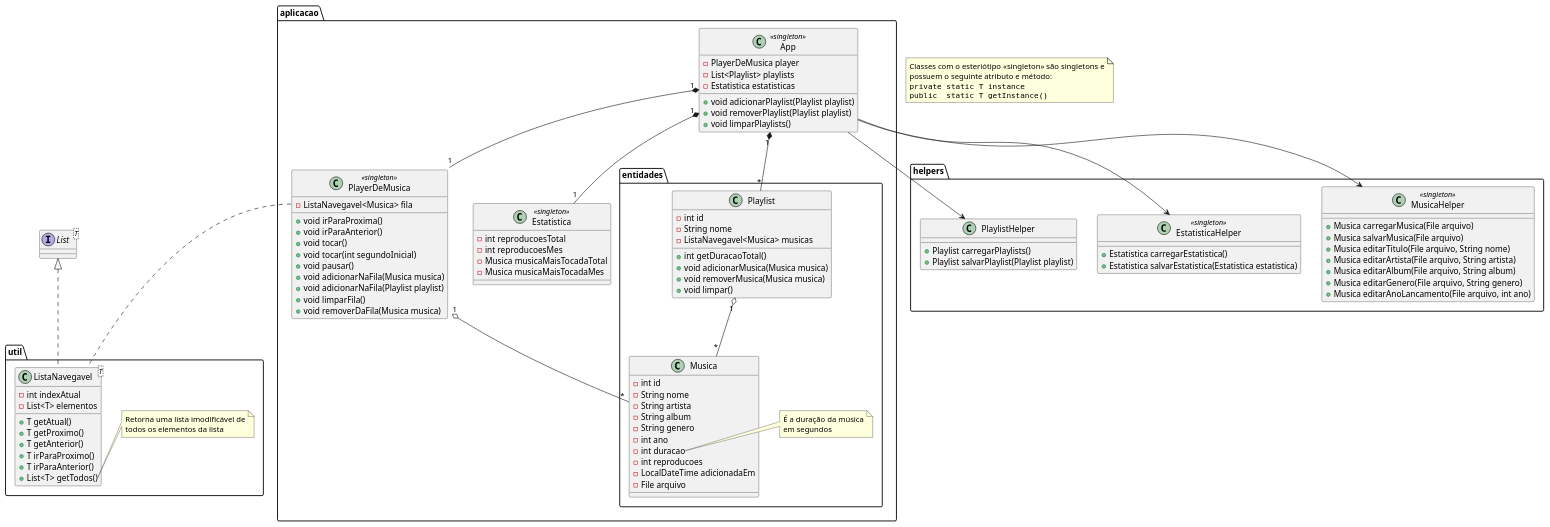
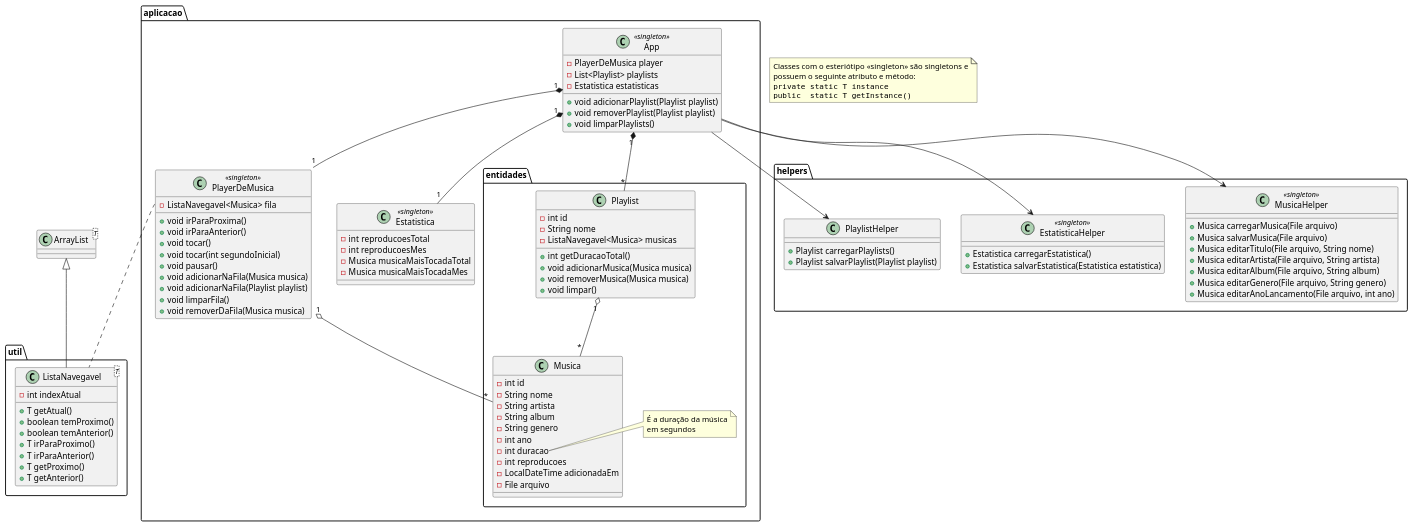
One commit to carloscardoso05/Astroplayer changed the diagram in docs/uml_classes.puml. Above: the diagram before and after it, drawn with PlantUML. The commit also changed 1 other file, not shown here.

Commit message:
atualiza e implementa lista navegavel

```diff
--- a/docs/uml_classes.puml
+++ b/docs/uml_classes.puml
@@ -1,131 +1,126 @@
 @startuml
 
-interface List<T>
+class ArrayList<T>
 
 package aplicacao {
 
     class App<<singleton>> {
         - PlayerDeMusica player
         - List<Playlist> playlists
         - Estatistica estatisticas
         + void adicionarPlaylist(Playlist playlist)
         + void removerPlaylist(Playlist playlist)
         + void limparPlaylists()
     }
 
     class PlayerDeMusica<<singleton>> {
         - ListaNavegavel<Musica> fila
         + void irParaProxima()
         + void irParaAnterior()
         + void tocar()
         + void tocar(int segundoInicial)
         + void pausar()
         + void adicionarNaFila(Musica musica)
         + void adicionarNaFila(Playlist playlist)
         + void limparFila()
         + void removerDaFila(Musica musica)
     }
 
     class Estatistica<<singleton>> {
         - int reproducoesTotal
         - int reproducoesMes
         - Musica musicaMaisTocadaTotal
         - Musica musicaMaisTocadaMes
     }
 
     package entidades {
 
         class Musica {
             - int id
             - String nome
             - String artista
             - String album
             - String genero
             - int ano
             - int duracao
             - int reproducoes
             - LocalDateTime adicionadaEm
             - File arquivo
         }
 
         note right of Musica::duracao
          É a duração da música
          em segundos
         end note
 
         class Playlist {
             - int id
             - String nome
             - ListaNavegavel<Musica> musicas
             + int getDuracaoTotal()
             + void adicionarMusica(Musica musica)
             + void removerMusica(Musica musica)
             + void limpar()
         }
     }
 
 }
 
 package helpers {
 
     class MusicaHelper<<singleton>> {
         + Musica carregarMusica(File arquivo)
         + Musica salvarMusica(File arquivo)
         + Musica editarTitulo(File arquivo, String nome)
         + Musica editarArtista(File arquivo, String artista)
         + Musica editarAlbum(File arquivo, String album)
         + Musica editarGenero(File arquivo, String genero)
         + Musica editarAnoLancamento(File arquivo, int ano)
     }
 
     class EstatisticaHelper<<singleton>> {
         + Estatistica carregarEstatistica()
         + Estatistica salvarEstatistica(Estatistica estatistica)
     }
 
     class PlaylistHelper {
         + Playlist carregarPlaylists()
         + Playlist salvarPlaylist(Playlist playlist)
     }
 
 }
 
 package util {
 
-    class ListaNavegavel<T> implements .List<T> {
-        - int indexAtual
-        - List<T> elementos
-        + T getAtual()
-        + T getProximo()
-        + T getAnterior()
-        + T irParaProximo()
-        + T irParaAnterior()
-        + List<T> getTodos()
-    }
-
-    note right of ListaNavegavel::getTodos
-     Retorna uma lista imodificável de
-     todos os elementos da lista
-    end note
+    class ListaNavegavel<T> extends .ArrayList<T> {
+            - int indexAtual
+            + T getAtual()
+            + boolean temProximo()
+            + boolean temAnterior()
+            + T irParaProximo()
+            + T irParaAnterior()
+            + T getProximo()
+            + T getAnterior()
+        }
 
 }
 
 App "1" *-- "1" PlayerDeMusica
 App "1" *-- "*" Playlist
 App "1" *-- "1" Estatistica
 App --> MusicaHelper
 App --> EstatisticaHelper
 App --> PlaylistHelper
 PlayerDeMusica "1" o-- "*" Musica
 PlayerDeMusica::fila .. ListaNavegavel
 Playlist "1" o-- "*" Musica
 
 note as NotaSingleton
     Classes com o esteriótipo <<singleton>> são singletons e
     possuem o seguinte atributo e método:
     <code>
     private static T instance
     public  static T getInstance()
     </code>
 end note
 @enduml
```
